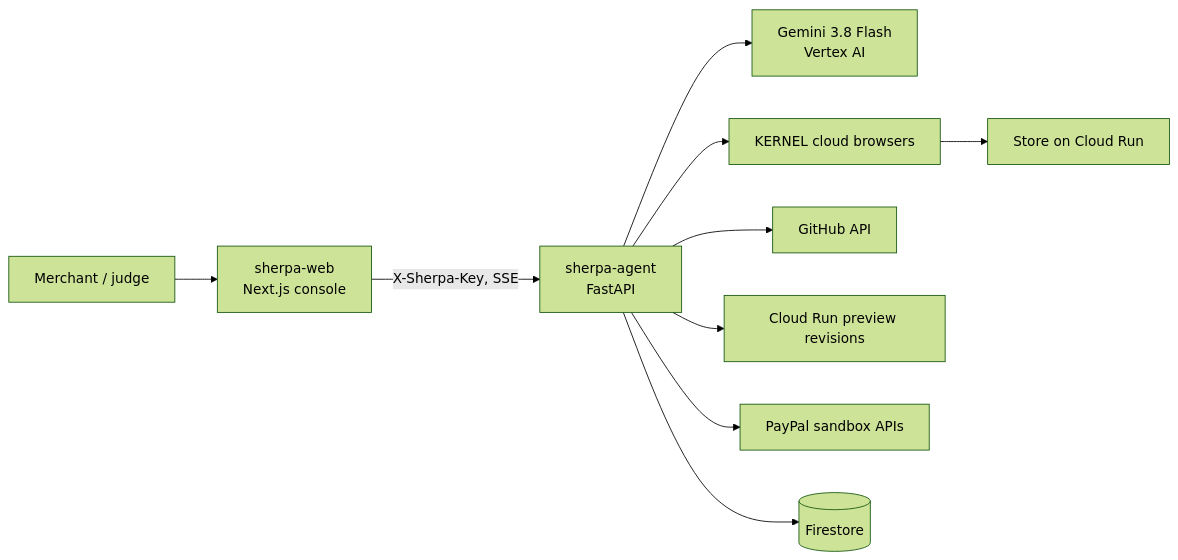
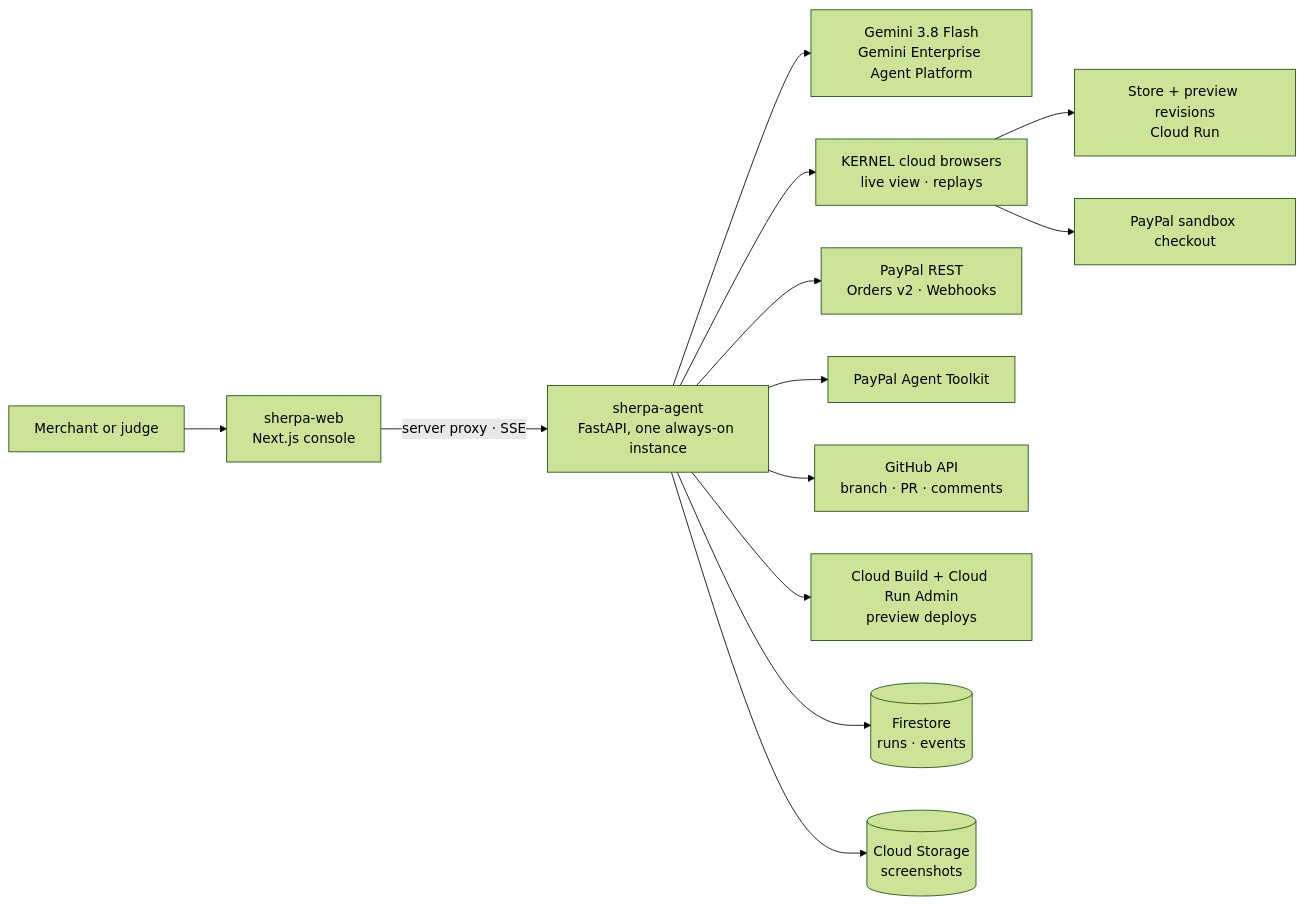
Before and after one commit to nnam-droid12/Sherpa: the diagram in docs/ARCHITECTURE.md, drawn with Mermaid (forest theme). The commit also changed other lines of this file and 3 other files, not shown here.

Commit message:
docs: Devpost write-up with shot list, architecture details, verified results and progress

````diff
--- a/docs/ARCHITECTURE.md
+++ b/docs/ARCHITECTURE.md
@@ -3,12 +3,15 @@
 ```mermaid
 flowchart LR
-  user[Merchant / judge] --> web[sherpa-web<br/>Next.js console]
-  web -- X-Sherpa-Key, SSE --> agent[sherpa-agent<br/>FastAPI]
-  agent --> gemini[Gemini 3.8 Flash<br/>Vertex AI]
-  agent --> kernel[KERNEL cloud browsers]
-  kernel --> store[Store on Cloud Run]
-  agent --> gh[GitHub API]
-  agent --> run[Cloud Run preview revisions]
-  agent --> paypal[PayPal sandbox APIs]
-  agent --> fs[(Firestore)]
+  user[Merchant or judge] --> web[sherpa-web<br/>Next.js console]
+  web -- "server proxy · SSE" --> agent[sherpa-agent<br/>FastAPI, one always-on instance]
+  agent --> gemini[Gemini 3.8 Flash<br/>Gemini Enterprise Agent Platform]
+  agent --> kernel[KERNEL cloud browsers<br/>live view · replays]
+  kernel --> store[Store + preview revisions<br/>Cloud Run]
+  kernel --> ppweb[PayPal sandbox checkout]
+  agent --> pp[PayPal REST<br/>Orders v2 · Webhooks]
+  agent --> toolkit[PayPal Agent Toolkit]
+  agent --> gh[GitHub API<br/>branch · PR · comments]
+  agent --> cb[Cloud Build + Cloud Run Admin<br/>preview deploys]
+  agent --> fs[(Firestore<br/>runs · events)]
+  agent --> gcs[(Cloud Storage<br/>screenshots)]
 ```
````
